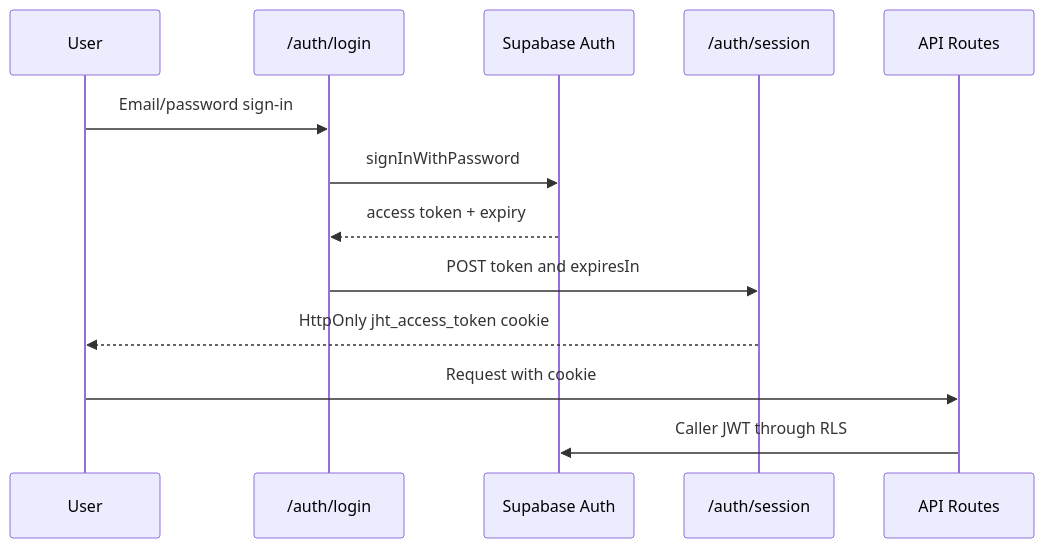
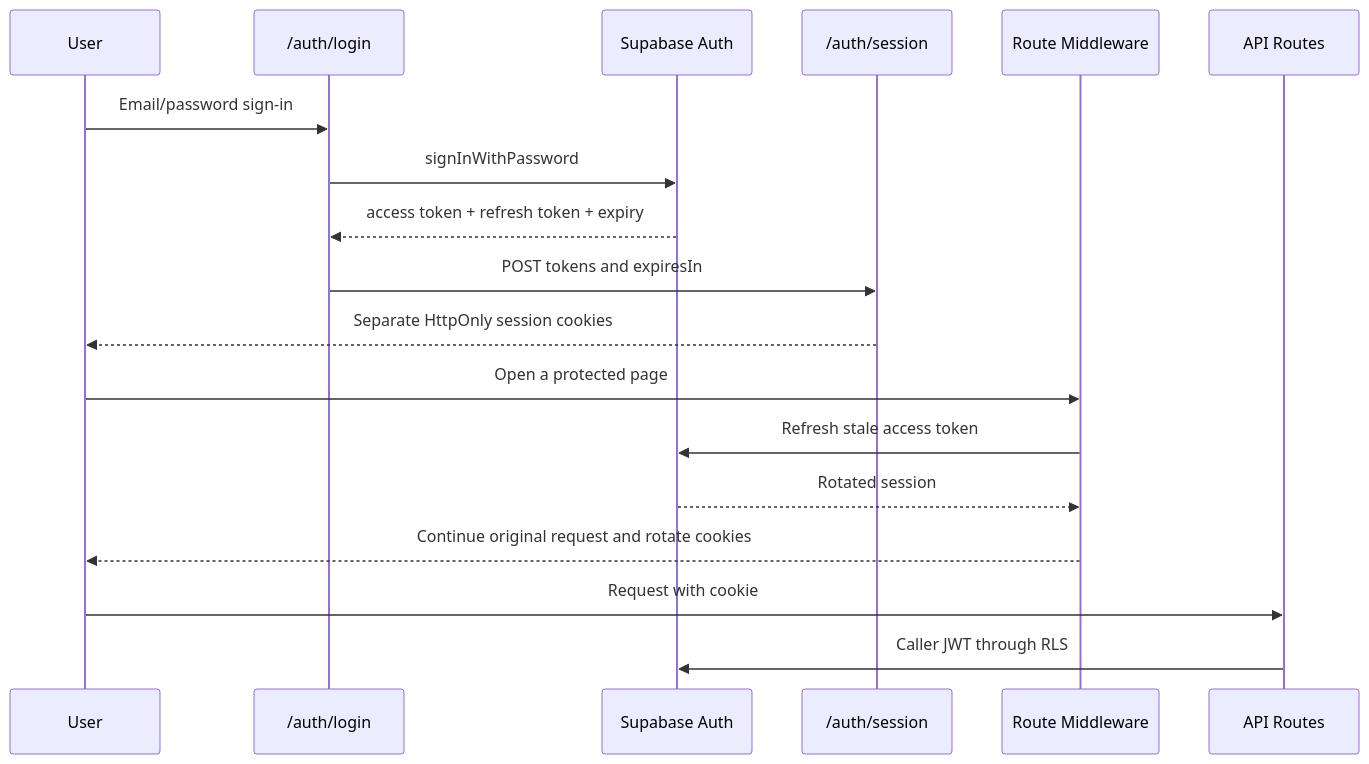
Before and after one commit to sksmsrkk-glitch/JHT_Booking_Sys: the second of 4 diagrams in docs/system-design.md, drawn with Mermaid. The commit also changed other lines of this file and 16 other files, not shown here.

````diff
--- a/docs/system-design.md
+++ b/docs/system-design.md
@@ -69,16 +69,21 @@
 ```mermaid
 sequenceDiagram
   participant User
   participant Login as /auth/login
   participant Supabase as Supabase Auth
   participant Session as /auth/session
+  participant Middleware as Route Middleware
   participant Api as API Routes
 
   User->>Login: Email/password sign-in
   Login->>Supabase: signInWithPassword
-  Supabase-->>Login: access token + expiry
-  Login->>Session: POST token and expiresIn
-  Session-->>User: HttpOnly jht_access_token cookie
+  Supabase-->>Login: access token + refresh token + expiry
+  Login->>Session: POST tokens and expiresIn
+  Session-->>User: Separate HttpOnly session cookies
+  User->>Middleware: Open a protected page
+  Middleware->>Supabase: Refresh stale access token
+  Supabase-->>Middleware: Rotated session
+  Middleware-->>User: Continue original request and rotate cookies
   User->>Api: Request with cookie
   Api->>Supabase: Caller JWT through RLS
 ```
````
